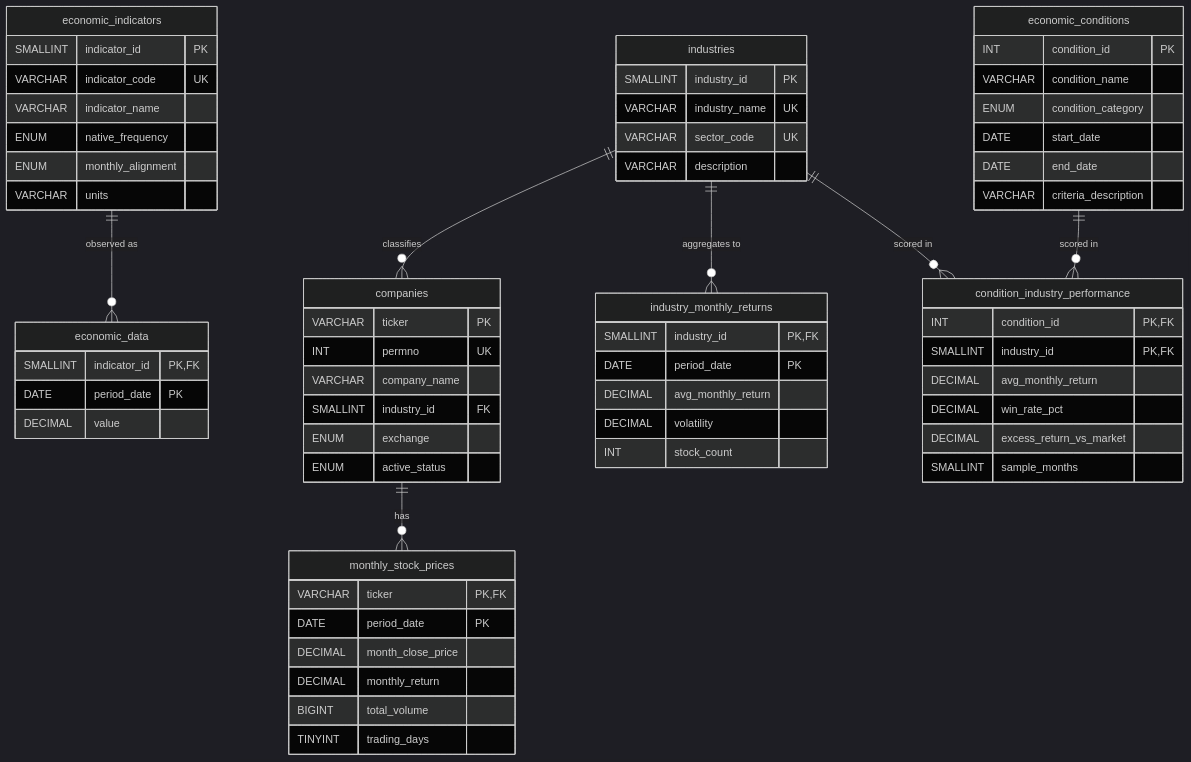
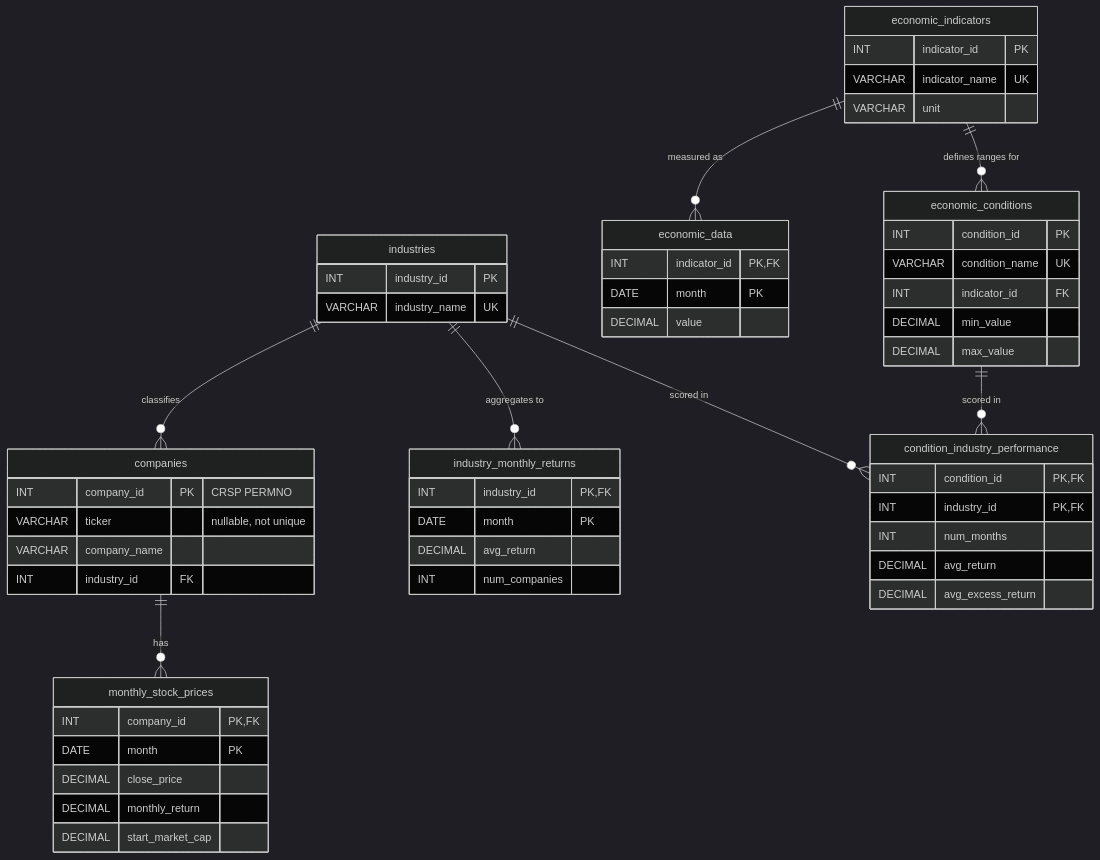
Before and after one commit to youning62/CS3200: the diagram in schema/SCHEMA_CONTRACT.md, drawn with Mermaid (dark theme). The commit also changed other lines of this file and 10 other files, not shown here.

First line of the commit message:
Schema v3.0: match real-data dump; add first analytics queries

````diff
--- a/schema/SCHEMA_CONTRACT.md
+++ b/schema/SCHEMA_CONTRACT.md
@@ -48,68 +50,58 @@
 ```mermaid
 erDiagram
     industries ||--o{ companies : "classifies"
     companies ||--o{ monthly_stock_prices : "has"
-    economic_indicators ||--o{ economic_data : "observed as"
+    economic_indicators ||--o{ economic_data : "measured as"
+    economic_indicators ||--o{ economic_conditions : "defines ranges for"
     industries ||--o{ industry_monthly_returns : "aggregates to"
     industries ||--o{ condition_industry_performance : "scored in"
     economic_conditions ||--o{ condition_industry_performance : "scored in"
 
     industries {
-        SMALLINT industry_id PK
+        INT industry_id PK
         VARCHAR industry_name UK
-        VARCHAR sector_code UK
-        VARCHAR description
     }
     companies {
-        VARCHAR ticker PK
-        INT permno UK
+        INT company_id PK "CRSP PERMNO"
+        VARCHAR ticker "nullable, not unique"
         VARCHAR company_name
-        SMALLINT industry_id FK
-        ENUM exchange
-        ENUM active_status
+        INT industry_id FK
     }
     monthly_stock_prices {
-        VARCHAR ticker PK,FK
-        DATE period_date PK
-        DECIMAL month_close_price
+        INT company_id PK,FK
+        DATE month PK
+        DECIMAL close_price
         DECIMAL monthly_return
-        BIGINT total_volume
-        TINYINT trading_days
+        DECIMAL start_market_cap
     }
     economic_indicators {
-        SMALLINT indicator_id PK
-        VARCHAR indicator_code UK
-        VARCHAR indicator_name
-        ENUM native_frequency
-        ENUM monthly_alignment
-        VARCHAR units
+        INT indicator_id PK
+        VARCHAR indicator_name UK
+        VARCHAR unit
     }
     economic_data {
-        SMALLINT indicator_id PK,FK
-        DATE period_date PK
+        INT indicator_id PK,FK
+        DATE month PK
         DECIMAL value
     }
     economic_conditions {
         INT condition_id PK
-        VARCHAR condition_name
-        ENUM condition_category
-        DATE start_date
-        DATE end_date
-        VARCHAR criteria_description
+        VARCHAR condition_name UK
+        INT indicator_id FK
+        DECIMAL min_value
+        DECIMAL max_value
     }
     industry_monthly_returns {
-        SMALLINT industry_id PK,FK
-        DATE period_date PK
-        DECIMAL avg_monthly_return
-        DECIMAL volatility
-        INT stock_count
+        INT industry_id PK,FK
+        DATE month PK
+        DECIMAL avg_return
+        INT num_companies
     }
     condition_industry_performance {
         INT condition_id PK,FK
-        SMALLINT industry_id PK,FK
-        DECIMAL avg_monthly_return
-        DECIMAL win_rate_pct
-        DECIMAL excess_return_vs_market
-        SMALLINT sample_months
+        INT industry_id PK,FK
+        INT num_months
+        DECIMAL avg_return
+        DECIMAL avg_excess_return
     }
 ```
````
